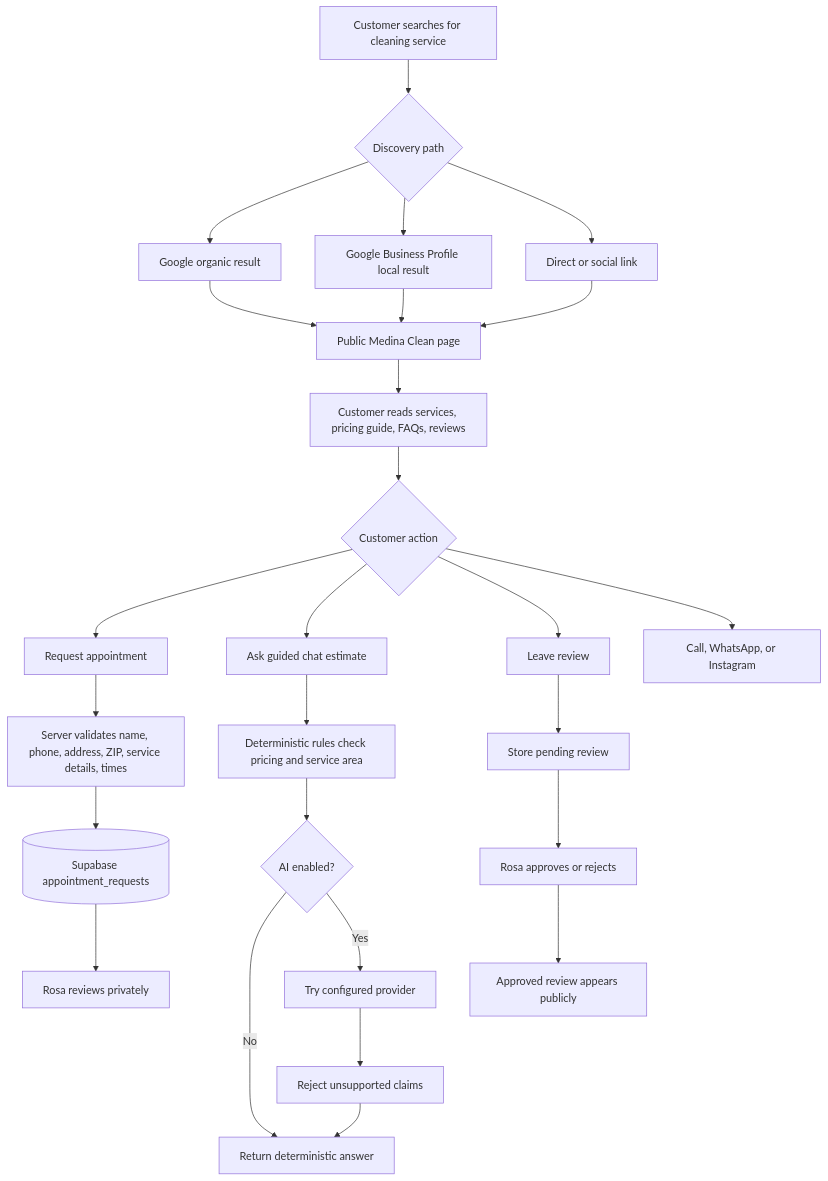
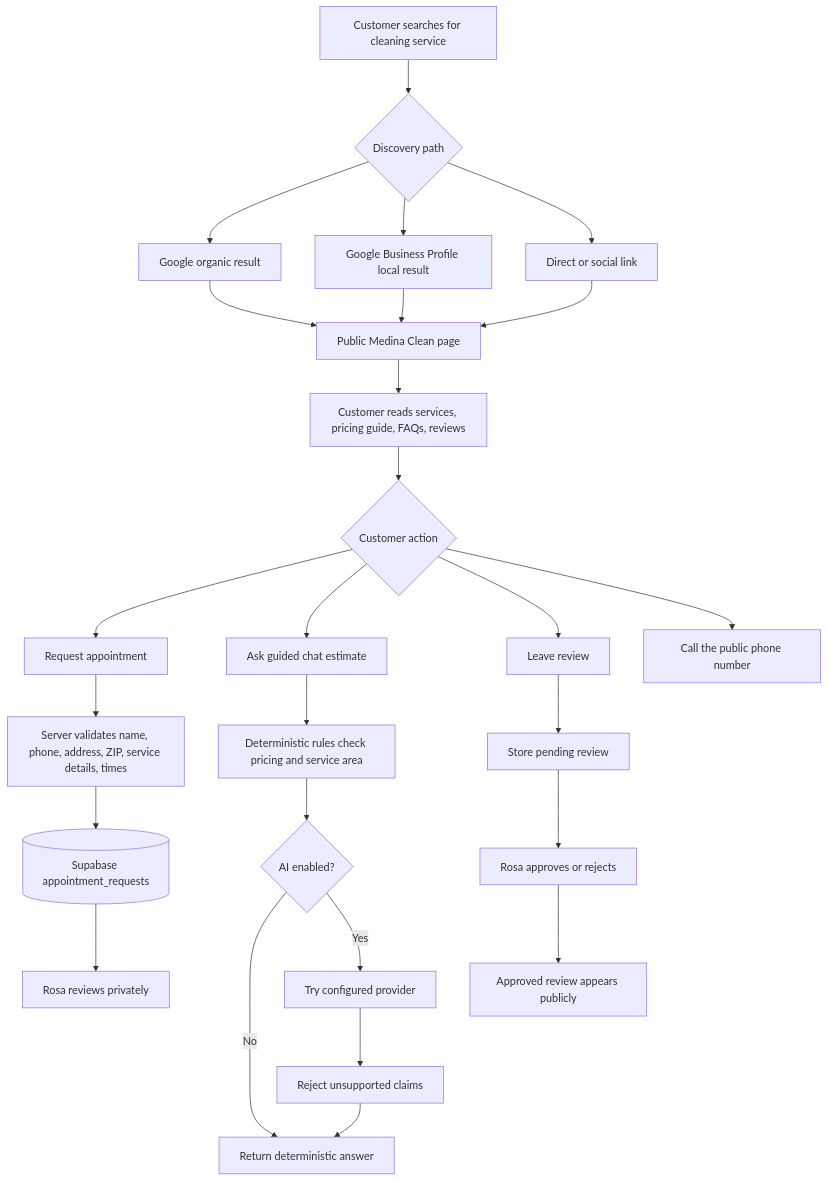
Before and after one commit to Northvalley-Intelligence/medinaclean.com: the second of 7 diagrams in README.md, drawn with Mermaid. The commit also changed other lines of this file and 25 other files, not shown here.

````diff
--- a/README.md
+++ b/README.md
@@ -144,33 +143,33 @@
 ```mermaid
 flowchart TD
   A[Customer searches for cleaning service] --> B{Discovery path}
   B --> C[Google organic result]
   B --> D[Google Business Profile local result]
   B --> E[Direct or social link]
 
   C --> F[Public Medina Clean page]
   D --> F
   E --> F
 
   F --> G[Customer reads services, pricing guide, FAQs, reviews]
   G --> H{Customer action}
   H --> I[Request appointment]
   H --> J[Ask guided chat estimate]
   H --> K[Leave review]
-  H --> L[Call, WhatsApp, or Instagram]
+  H --> L[Call the public phone number]
 
   I --> M[Server validates name, phone, address, ZIP, service details, times]
   M --> N[(Supabase appointment_requests)]
   N --> O[Rosa reviews privately]
 
   J --> P[Deterministic rules check pricing and service area]
   P --> Q{AI enabled?}
   Q -- No --> R[Return deterministic answer]
   Q -- Yes --> S[Try configured provider]
   S --> T[Reject unsupported claims]
   T --> R
 
   K --> U[Store pending review]
   U --> V[Rosa approves or rejects]
   V --> W[Approved review appears publicly]
 ```
````
